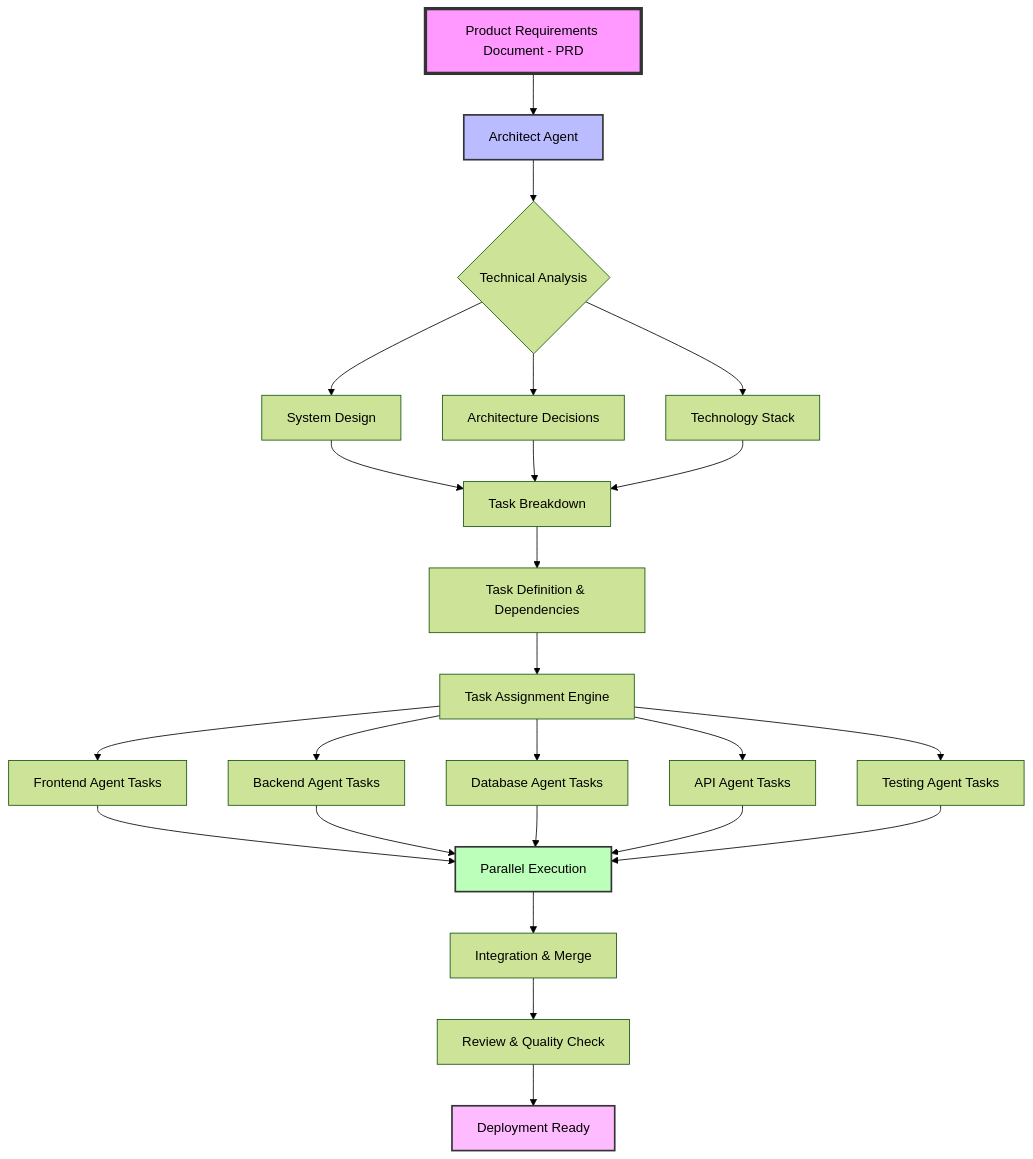
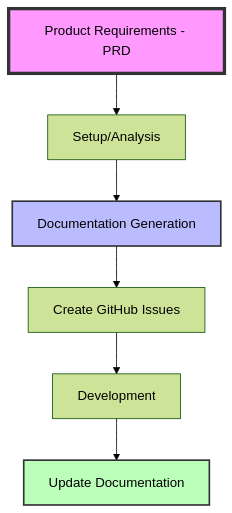
One commit to mslavov/agent-docs-template changed the diagram in README.md. Above: the diagram before and after it, drawn with Mermaid (forest theme). The commit also changed other lines of this file and 37 other files, not shown here.

````diff
--- a/README.md
+++ b/README.md
@@ -53,38 +42,12 @@
 ```mermaid
 graph TD
-    A[Product Requirements Document - PRD] --> B[Architect Agent]
-    B --> C{Technical Analysis}
-    
-    C --> D[System Design]
-    C --> E[Architecture Decisions]
-    C --> F[Technology Stack]
-    
-    D --> G[Task Breakdown]
-    E --> G
-    F --> G
-    
-    G --> H[Task Definition & Dependencies]
-    
-    H --> I[Task Assignment Engine]
-    
-    I --> J[Frontend Agent Tasks]
-    I --> K[Backend Agent Tasks]
-    I --> L[Database Agent Tasks]
-    I --> M[API Agent Tasks]
-    I --> N[Testing Agent Tasks]
-    
-    J --> O[Parallel Execution]
-    K --> O
-    L --> O
-    M --> O
-    N --> O
-    
-    O --> P[Integration & Merge]
-    P --> Q[Review & Quality Check]
-    Q --> R[Deployment Ready]
+    A[Product Requirements - PRD] --> B[Setup/Analysis]
+    B --> C[Documentation Generation]
+    C --> D[Create GitHub Issues]
+    D --> E[Development]
+    E --> F[Update Documentation]
     
     style A fill:#f9f,stroke:#333,stroke-width:4px
-    style B fill:#bbf,stroke:#333,stroke-width:2px
-    style O fill:#bfb,stroke:#333,stroke-width:2px
-    style R fill:#fbf,stroke:#333,stroke-width:2px
+    style C fill:#bbf,stroke:#333,stroke-width:2px
+    style F fill:#bfb,stroke:#333,stroke-width:2px
 ```
````
